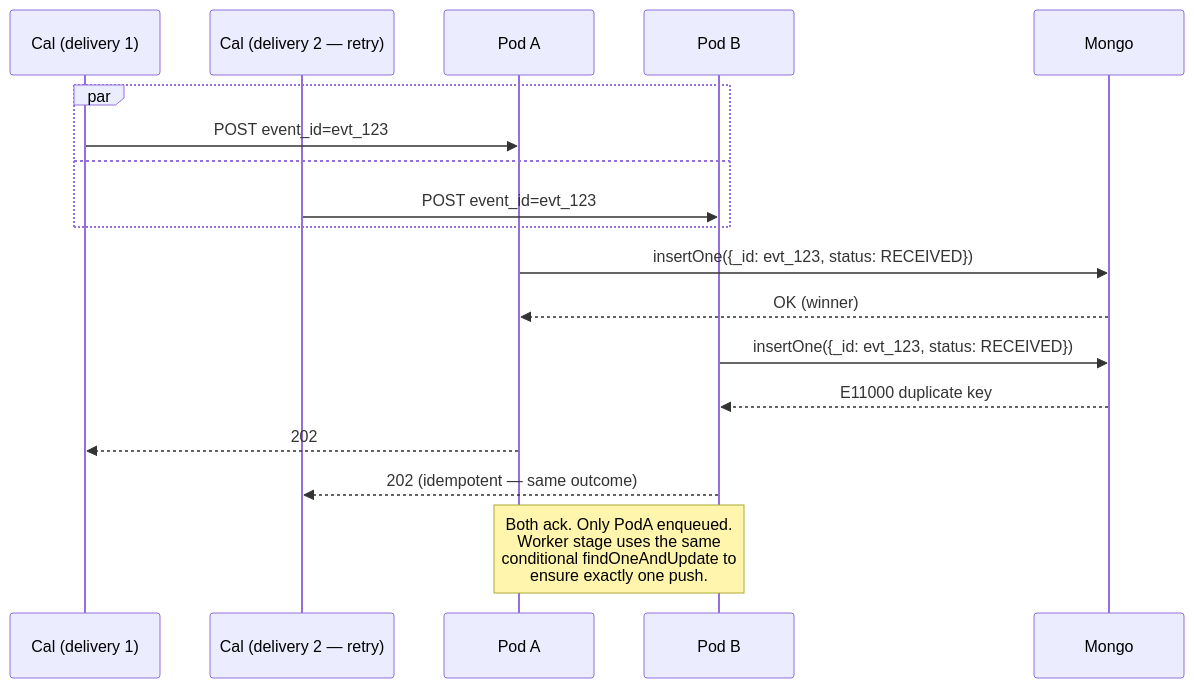
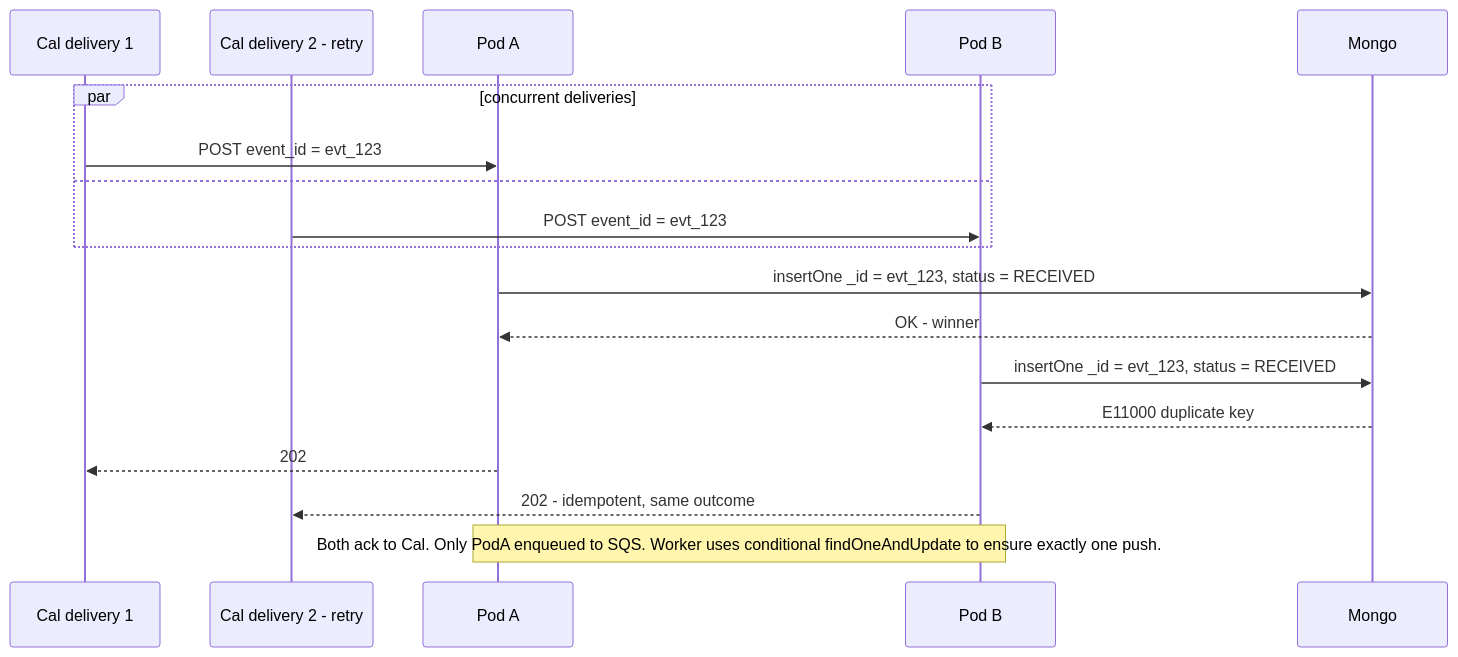
Before and after one commit to YoniRipp/TravelIO-arch: the third of 3 diagrams in architecture.md, drawn with Mermaid. The commit also changed other lines of this file, not shown here.

First line of the commit message:
Fix Mermaid syntax errors in architecture diagram

````diff
--- a/architecture.md
+++ b/architecture.md
@@ -83,24 +86,24 @@
 ```mermaid
 sequenceDiagram
-    participant CalA as Cal (delivery 1)
-    participant CalB as Cal (delivery 2 — retry)
+    participant CalA as Cal delivery 1
+    participant CalB as Cal delivery 2 - retry
     participant PodA as Pod A
     participant PodB as Pod B
     participant Mongo
 
-    par
-        CalA->>PodA: POST event_id=evt_123
+    par concurrent deliveries
+        CalA->>PodA: POST event_id = evt_123
     and
-        CalB->>PodB: POST event_id=evt_123
+        CalB->>PodB: POST event_id = evt_123
     end
 
-    PodA->>Mongo: insertOne({_id: evt_123, status: RECEIVED})
-    Mongo-->>PodA: OK (winner)
-    PodB->>Mongo: insertOne({_id: evt_123, status: RECEIVED})
+    PodA->>Mongo: insertOne _id = evt_123, status = RECEIVED
+    Mongo-->>PodA: OK - winner
+    PodB->>Mongo: insertOne _id = evt_123, status = RECEIVED
     Mongo-->>PodB: E11000 duplicate key
 
     PodA-->>CalA: 202
-    PodB-->>CalB: 202 (idempotent — same outcome)
+    PodB-->>CalB: 202 - idempotent, same outcome
 
-    Note over PodA,PodB: Both ack. Only PodA enqueued.<br/>Worker stage uses the same<br/>conditional findOneAndUpdate to<br/>ensure exactly one push.
+    Note over PodA,PodB: Both ack to Cal. Only PodA enqueued to SQS. Worker uses conditional findOneAndUpdate to ensure exactly one push.
 ```
````
